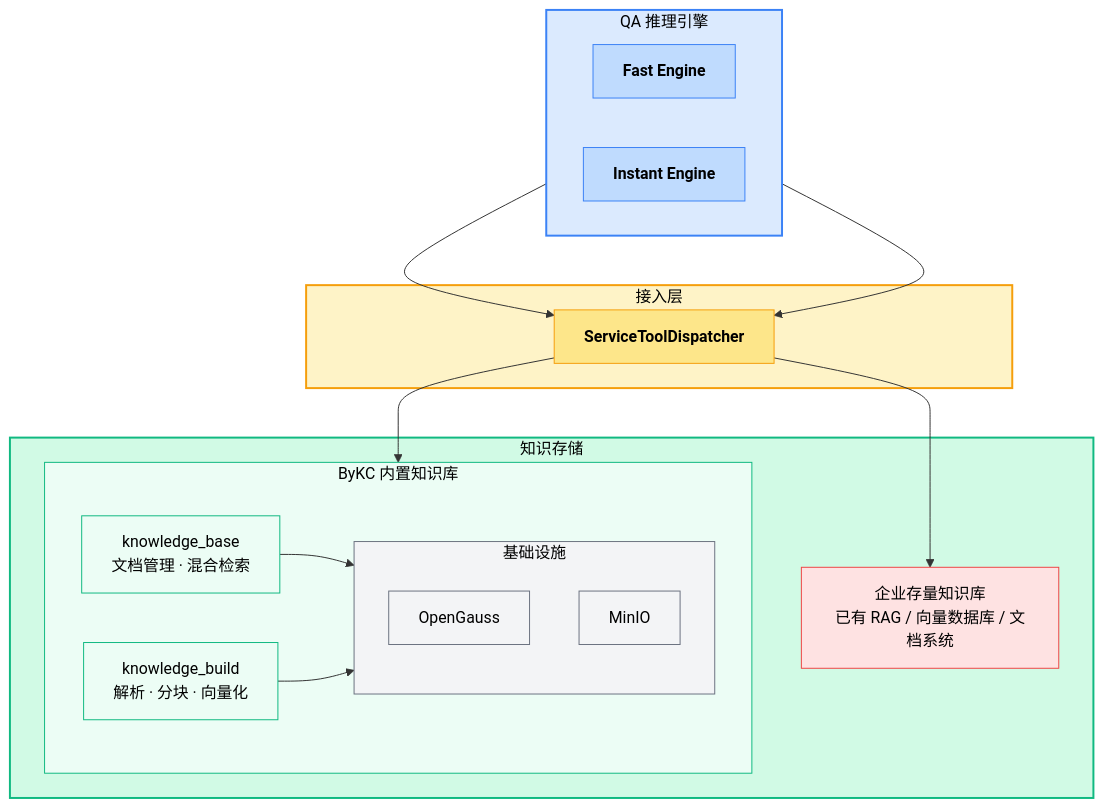
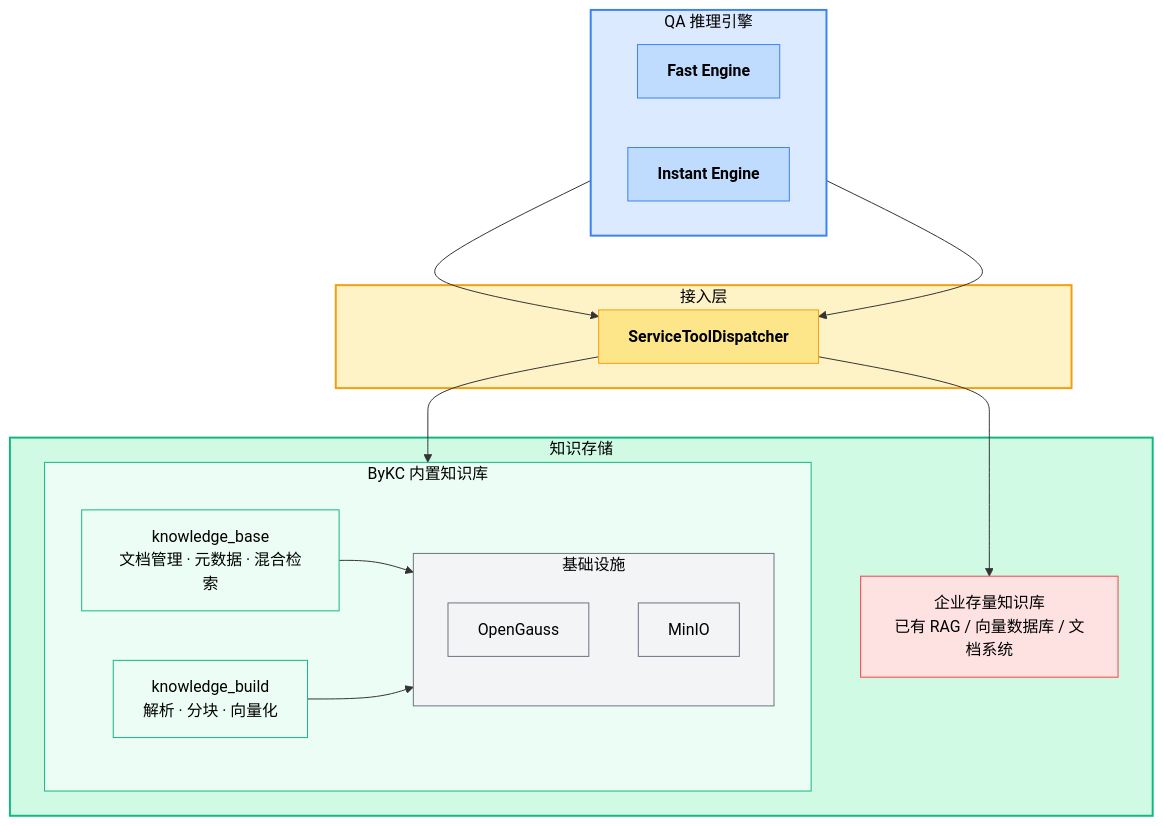
One commit to beyonai/ByKC changed the diagram in README_zh.md. Above: the diagram before and after it, drawn with Mermaid. The commit also changed other lines of this file and 2 other files, not shown here.

````diff
--- a/README_zh.md
+++ b/README_zh.md
@@ -36,48 +36,48 @@
 ```mermaid
 graph TD
     subgraph engine [QA 推理引擎]
         direction LR
         Fast[<b>Fast Engine</b>]
         Instant[<b>Instant Engine</b>]
     end
 
     subgraph adapter [接入层]
         Dispatcher[<b>ServiceToolDispatcher</b>]
     end
 
     subgraph storage [知识存储]
         subgraph builtin [ByKC 内置知识库]
             KB["knowledge_base
-文档管理 · 混合检索"]
+文档管理 · 元数据 · 混合检索"]
             Build["knowledge_build
 解析 · 分块 · 向量化"]
             subgraph infra [基础设施]
                 OG[OpenGauss]
                 MIO[MinIO]
             end
         end
         External["企业存量知识库
 已有 RAG / 向量数据库 / 文档系统"]
     end
 
     Fast --> Dispatcher
     Instant --> Dispatcher
     Dispatcher --> builtin
     Dispatcher --> External
     KB --> infra
     Build --> infra
 
     style engine fill:#dbeafe,stroke:#3b82f6,stroke-width:2px,color:#000
     style adapter fill:#fef3c7,stroke:#f59e0b,stroke-width:2px,color:#000
     style storage fill:#d1fae5,stroke:#10b981,stroke-width:2px,color:#000
     style builtin fill:#ecfdf5,stroke:#10b981,color:#000
     style infra fill:#f3f4f6,stroke:#6b7280,color:#000
     style Fast fill:#bfdbfe,stroke:#3b82f6,color:#000
     style Instant fill:#bfdbfe,stroke:#3b82f6,color:#000
     style Dispatcher fill:#fde68a,stroke:#f59e0b,color:#000
     style External fill:#fee2e2,stroke:#ef4444,color:#000
     style OG fill:#f3f4f6,stroke:#6b7280,color:#000
     style MIO fill:#f3f4f6,stroke:#6b7280,color:#000
     style KB fill:#ecfdf5,stroke:#10b981,color:#000
     style Build fill:#ecfdf5,stroke:#10b981,color:#000
 ```
````
